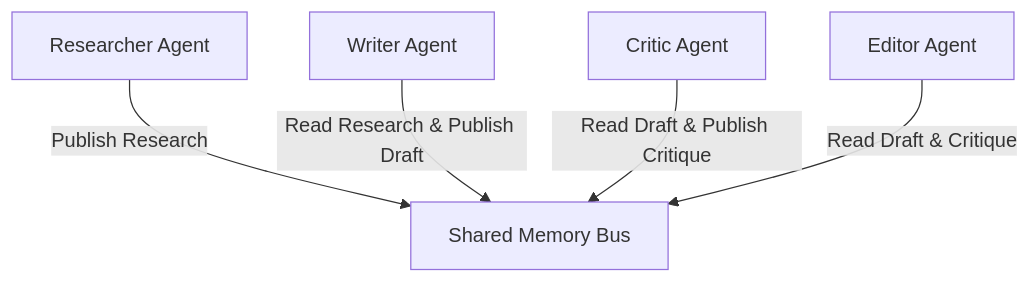
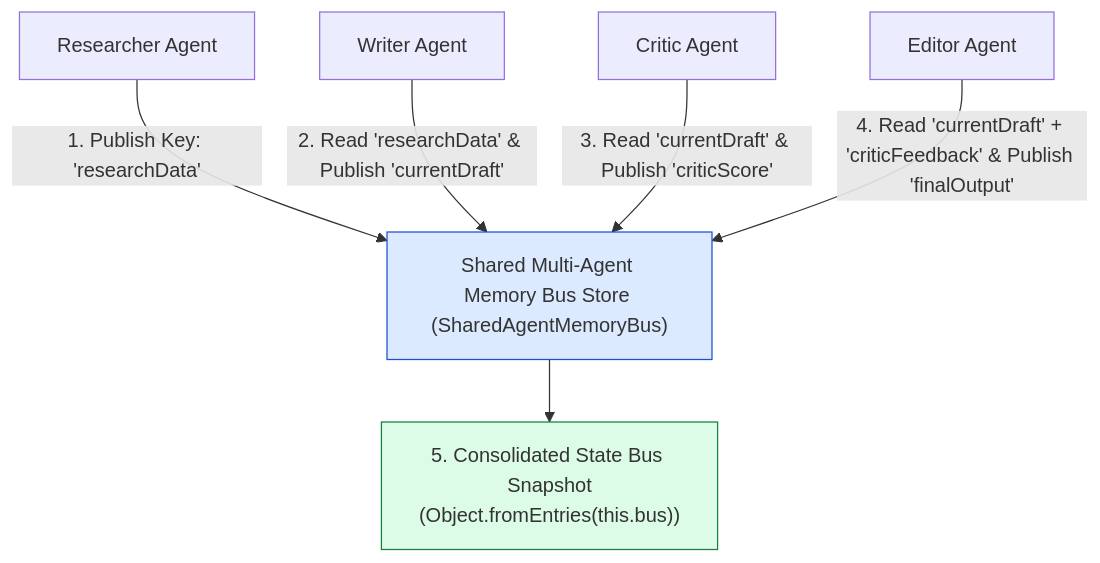
Before and after one commit to Amie-dev/engineering-playbook: the first of 3 diagrams in agentic-ai-notes/07-neta-multiagent/08-shared-memory-bus.md, drawn with Mermaid. The commit also changed other lines of this file and 12 other files, not shown here.

First line of the commit message:
Refactor multi-agent architecture with centralized memory bus, prompts, tools, and quality evaluation

````diff
--- a/agentic-ai-notes/07-neta-multiagent/08-shared-memory-bus.md
+++ b/agentic-ai-notes/07-neta-multiagent/08-shared-memory-bus.md
@@ -10,7 +13,15 @@
 ```mermaid
 flowchart TD
-    Researcher[Researcher Agent] -->|Publish Research| MemoryBus[Shared Memory Bus]
-    Writer[Writer Agent] -->|Read Research & Publish Draft| MemoryBus
-    Critic[Critic Agent] -->|Read Draft & Publish Critique| MemoryBus
-    Editor[Editor Agent] -->|Read Draft & Critique| MemoryBus
+    Researcher[Researcher Agent] -->|"1. Publish Key: 'researchData'"| MemoryBus["Shared Multi-Agent Memory Bus Store (SharedAgentMemoryBus)"]
+
+    Writer[Writer Agent] -->|"2. Read 'researchData' & Publish 'currentDraft'"| MemoryBus
+
+    Critic[Critic Agent] -->|"3. Read 'currentDraft' & Publish 'criticScore'"| MemoryBus
+
+    Editor[Editor Agent] -->|"4. Read 'currentDraft' + 'criticFeedback' & Publish 'finalOutput'"| MemoryBus
+
+    MemoryBus --> AuditLog["5. Consolidated State Bus Snapshot<br/>(Object.fromEntries(this.bus))"]
+
+    style MemoryBus fill:#dbeafe,stroke:#1d4ed8
+    style AuditLog fill:#dcfce7,stroke:#15803d
 ```
````
